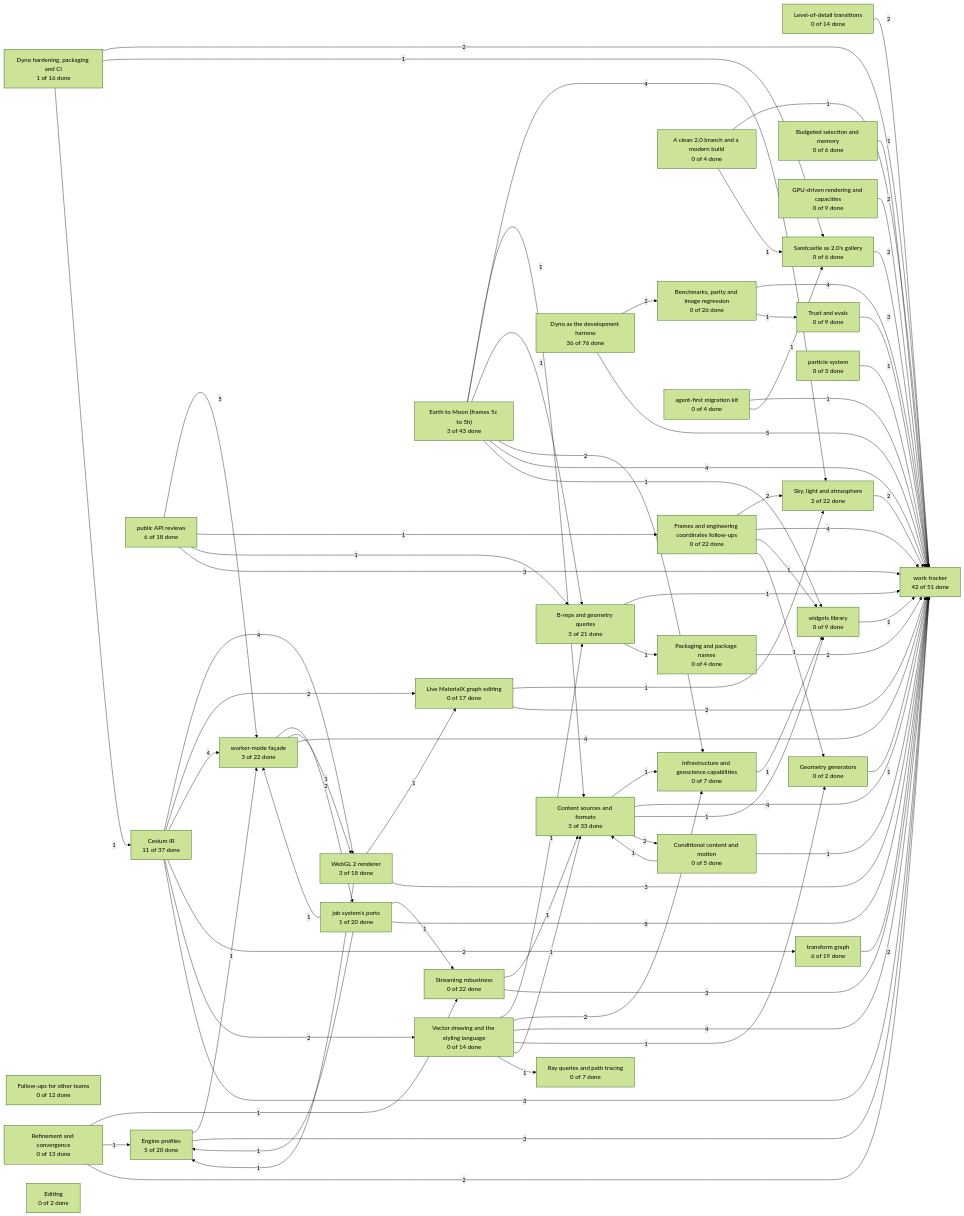
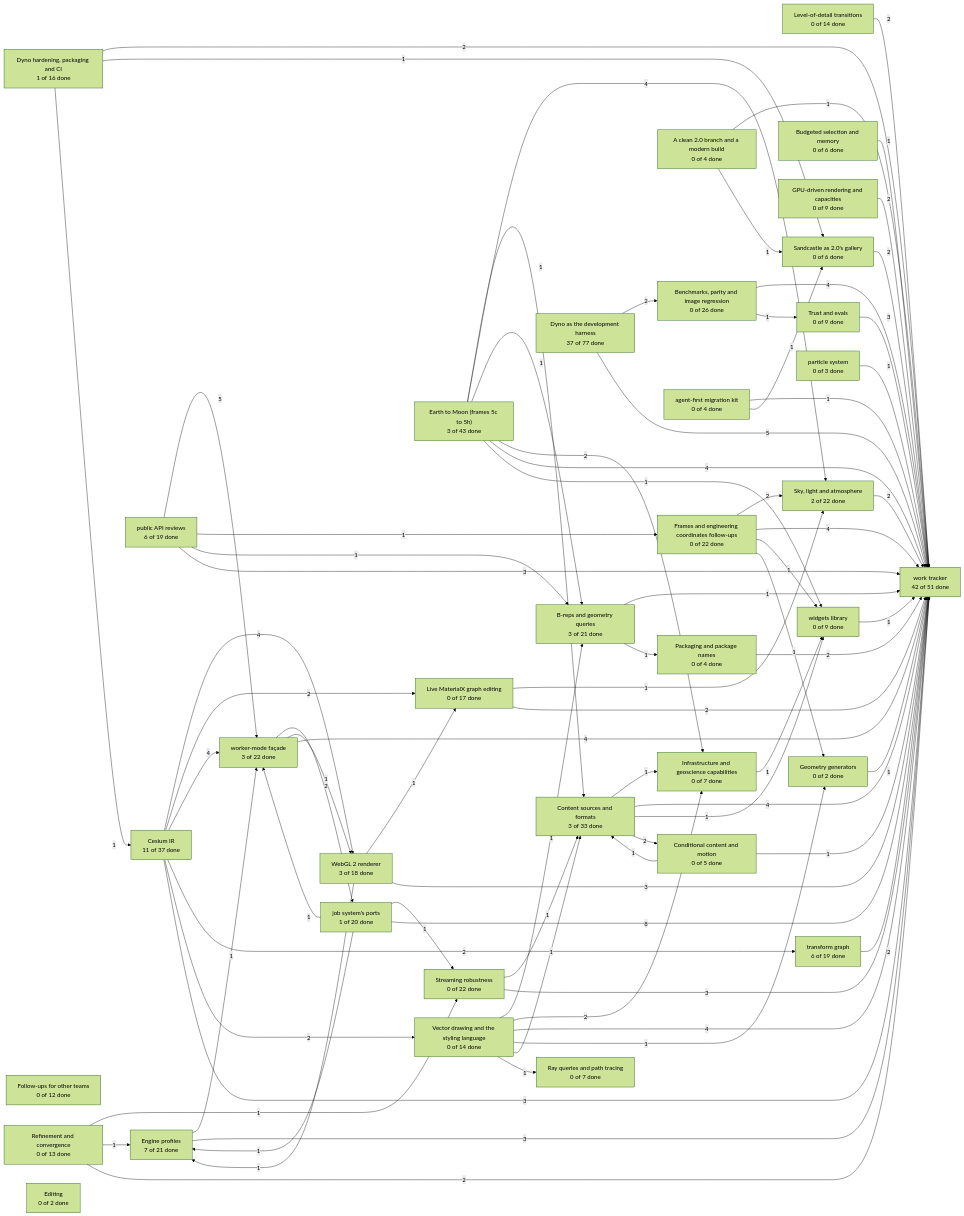
The diagram in packages/next/work/views/projects-graph.md (CesiumGS/cesium), drawn with Mermaid (forest theme) before and after one commit. The commit also changed 9 other files, not shown here.

````diff
--- a/packages/next/work/views/projects-graph.md
+++ b/packages/next/work/views/projects-graph.md
@@ -5,6 +5,6 @@
 ```mermaid
 graph LR
-  CS_8["Engine profiles<br/>5 of 20 done"]
+  CS_8["Engine profiles<br/>7 of 21 done"]
   CS_9["WebGL 2 renderer<br/>3 of 18 done"]
   CS_10["Cesium IR<br/>11 of 37 done"]
   CS_11["Live MaterialX graph editing<br/>0 of 17 done"]
@@ -28,8 +28,8 @@
   CS_197["Ray queries and path tracing<br/>0 of 7 done"]
   CS_198["GPU-driven rendering and capacities<br/>0 of 9 done"]
   CS_199["Dyno hardening, packaging and CI<br/>1 of 16 done"]
-  CS_389["Dyno as the development harness<br/>36 of 76 done"]
-  CS_437["public API reviews<br/>6 of 18 done"]
+  CS_389["Dyno as the development harness<br/>37 of 77 done"]
+  CS_437["public API reviews<br/>6 of 19 done"]
   CS_579["Editing<br/>0 of 2 done"]
   CS_584["widgets library<br/>0 of 9 done"]
   CS_596["Trust and evals<br/>0 of 9 done"]
````
